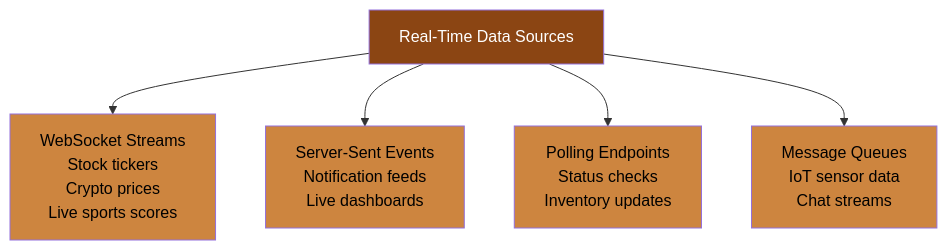
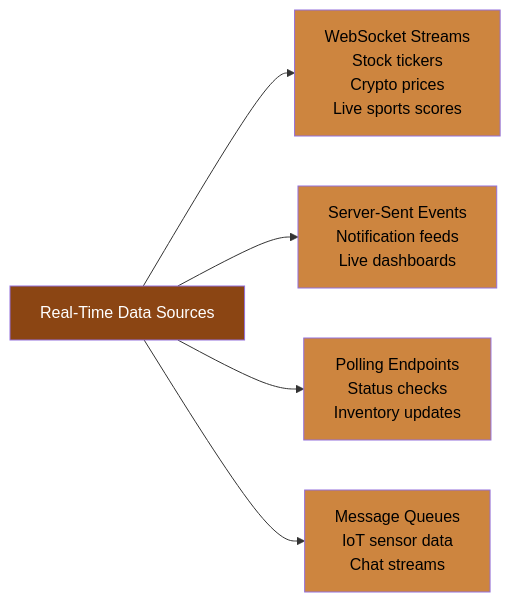
One commit to bytetunnels/bytetunnels.github.com changed the fourth of 6 diagrams in _posts/2026-02-04-types-of-web-databases-surface-web-deep-web-apis.md. Above: the diagram before and after it, drawn with Mermaid. The commit also changed other lines of this file and 118 other files, not shown here.

Commit message:
feat: improve diagram styling and compact wide flowcharts

````diff
--- a/_posts/2026-02-04-types-of-web-databases-surface-web-deep-web-apis.md
+++ b/_posts/2026-02-04-types-of-web-databases-surface-web-deep-web-apis.md
@@ -204,13 +204,13 @@
 ```mermaid
-graph TD
-    A["Real-Time Data Sources"] --> B["WebSocket Streams<br>Stock tickers<br>Crypto prices<br>Live sports scores"]
-    A --> C["Server-Sent Events<br>Notification feeds<br>Live dashboards"]
-    A --> D["Polling Endpoints<br>Status checks<br>Inventory updates"]
-    A --> E["Message Queues<br>IoT sensor data<br>Chat streams"]
+graph LR
+    A["Real-Time Data Sources"] --> B["WebSocket Streams<br/>Stock tickers<br/>Crypto prices<br/>Live sports scores"]
+    A --> C["Server-Sent Events<br/>Notification feeds<br/>Live dashboards"]
+    A --> D["Polling Endpoints<br/>Status checks<br/>Inventory updates"]
+    A --> E["Message Queues<br/>IoT sensor data<br/>Chat streams"]
 
     style A fill:#8B4513,color:#fff
     style B fill:#CD853F,color:#000
     style C fill:#CD853F,color:#000
     style D fill:#CD853F,color:#000
     style E fill:#CD853F,color:#000
 ```
````
